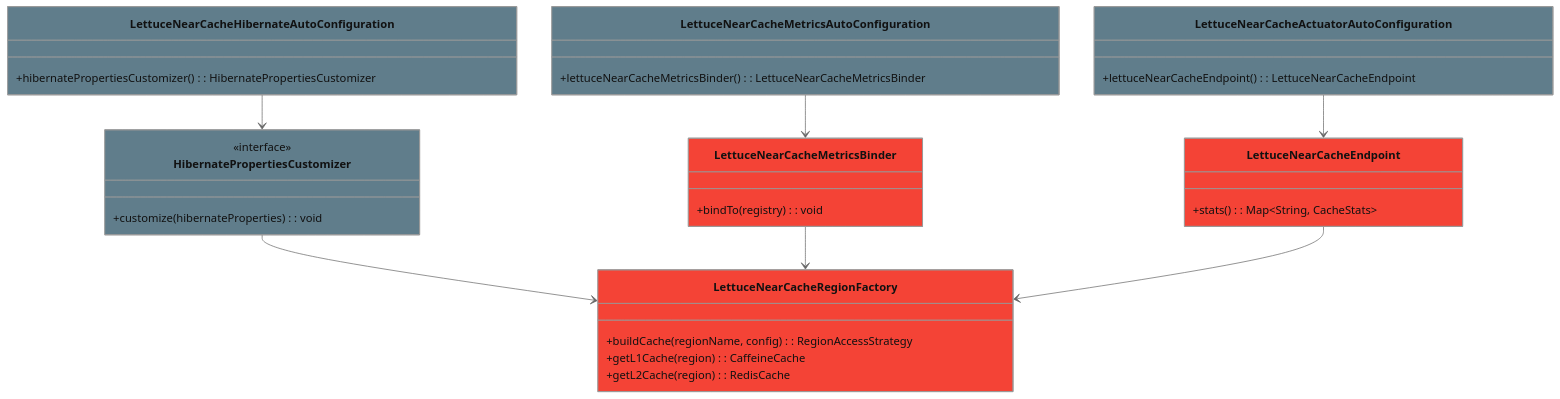
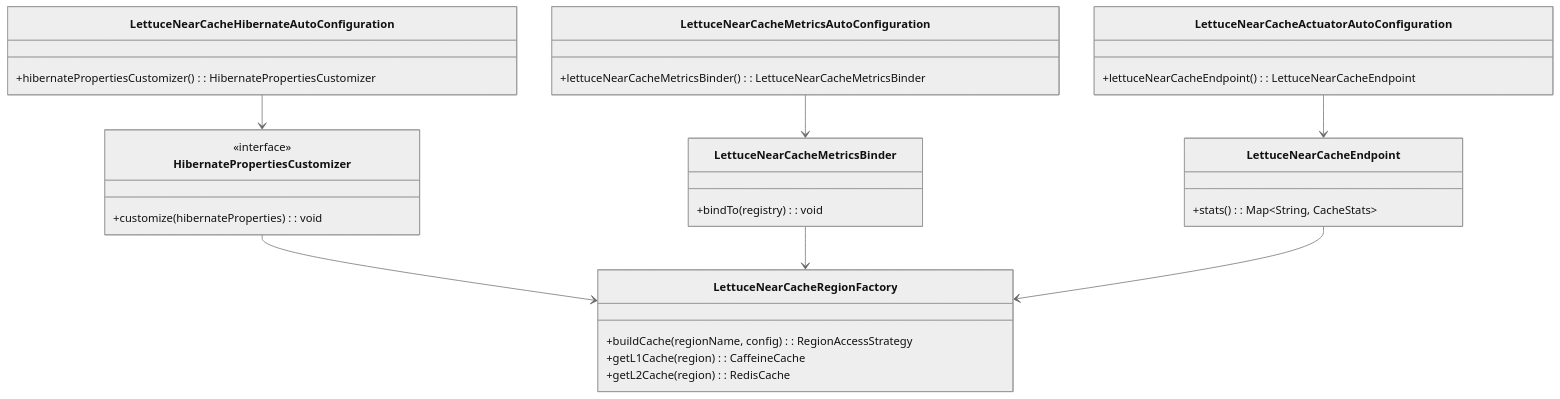
The first of 2 diagrams in spring-boot4/hibernate-lettuce/README.md (bluetape4k/bluetape4k-projects), drawn with Mermaid (neutral theme) before and after one commit. The commit also changed 95 other files, not shown here.

First line of the commit message:
docs: Mermaid 파서 오류 전체 수정 (IntelliJ IDEA 호환)

````diff
--- a/spring-boot4/hibernate-lettuce/README.md
+++ b/spring-boot4/hibernate-lettuce/README.md
@@ -9,40 +9,34 @@
 ```mermaid
 classDiagram
-    class LettuceNearCacheHibernateAutoConfiguration:::configStyle {
+    class LettuceNearCacheHibernateAutoConfiguration {
         +hibernatePropertiesCustomizer(): HibernatePropertiesCustomizer
     }
-    class LettuceNearCacheMetricsAutoConfiguration:::configStyle {
+    class LettuceNearCacheMetricsAutoConfiguration {
         +lettuceNearCacheMetricsBinder(): LettuceNearCacheMetricsBinder
     }
-    class LettuceNearCacheActuatorAutoConfiguration:::configStyle {
+    class LettuceNearCacheActuatorAutoConfiguration {
         +lettuceNearCacheEndpoint(): LettuceNearCacheEndpoint
     }
-    class HibernatePropertiesCustomizer:::configStyle {
+    class HibernatePropertiesCustomizer {
         <<interface>>
         +customize(hibernateProperties): void
     }
-    class LettuceNearCacheRegionFactory:::cacheStyle {
+    class LettuceNearCacheRegionFactory {
         +buildCache(regionName, config): RegionAccessStrategy
         +getL1Cache(region): CaffeineCache
         +getL2Cache(region): RedisCache
     }
-    class LettuceNearCacheMetricsBinder:::cacheStyle {
+    class LettuceNearCacheMetricsBinder {
         +bindTo(registry): void
     }
-    class LettuceNearCacheEndpoint:::cacheStyle {
+    class LettuceNearCacheEndpoint {
         +stats(): Map~String, CacheStats~
     }
-    classDef controllerStyle fill:#2196F3
-    classDef serviceStyle fill:#4CAF50
-    classDef repoStyle fill:#9C27B0
-    classDef entityStyle fill:#FF9800
-    classDef configStyle fill:#607D8B
-    classDef cacheStyle fill:#F44336
 
     LettuceNearCacheHibernateAutoConfiguration --> HibernatePropertiesCustomizer
     HibernatePropertiesCustomizer --> LettuceNearCacheRegionFactory
     LettuceNearCacheMetricsAutoConfiguration --> LettuceNearCacheMetricsBinder
     LettuceNearCacheActuatorAutoConfiguration --> LettuceNearCacheEndpoint
     LettuceNearCacheMetricsBinder --> LettuceNearCacheRegionFactory
     LettuceNearCacheEndpoint --> LettuceNearCacheRegionFactory
 ```
````
